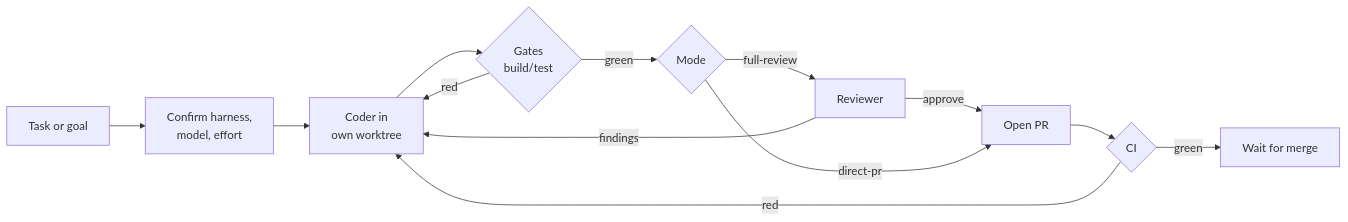
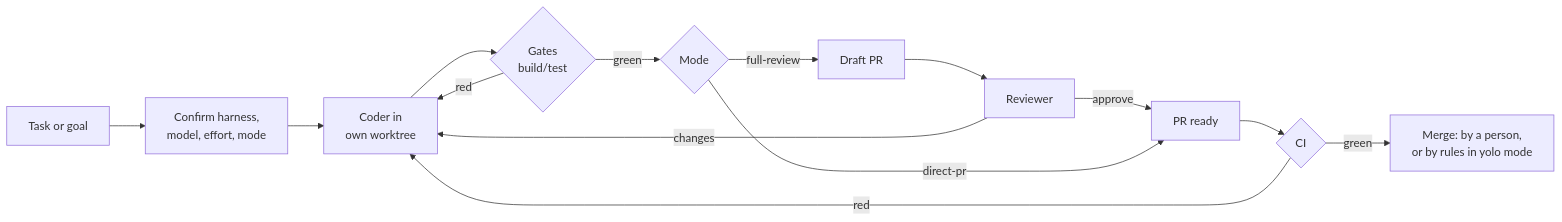
Before and after one commit to duykhanh01/cuesura: the diagram in README.md, drawn with Mermaid. The commit also changed other lines of this file and 2 other files, not shown here.

Commit message:
docs: sửa README theo review, ghi license Spec Kit trong NOTICE

````diff
--- a/README.md
+++ b/README.md
@@ -34,15 +36,16 @@
 ```mermaid
 flowchart LR
-  A[Task or goal] --> B[Confirm harness,<br/>model, effort]
+  A[Task or goal] --> B[Confirm harness,<br/>model, effort, mode]
   B --> C[Coder in<br/>own worktree]
   C --> D{Gates<br/>build/test}
   D -- red --> C
   D -- green --> E{Mode}
-  E -- full-review --> F[Reviewer]
-  F -- findings --> C
-  F -- approve --> G[Open PR]
-  E -- direct-pr --> G
-  G --> H{CI}
-  H -- red --> C
-  H -- green --> I[Wait for merge]
+  E -- full-review --> F[Draft PR]
+  F --> G[Reviewer]
+  G -- changes --> C
+  G -- approve --> H[PR ready]
+  E -- direct-pr --> H
+  H --> I{CI}
+  I -- red --> C
+  I -- green --> J[Merge: by a person,<br/>or by rules in yolo mode]
 ```
````
